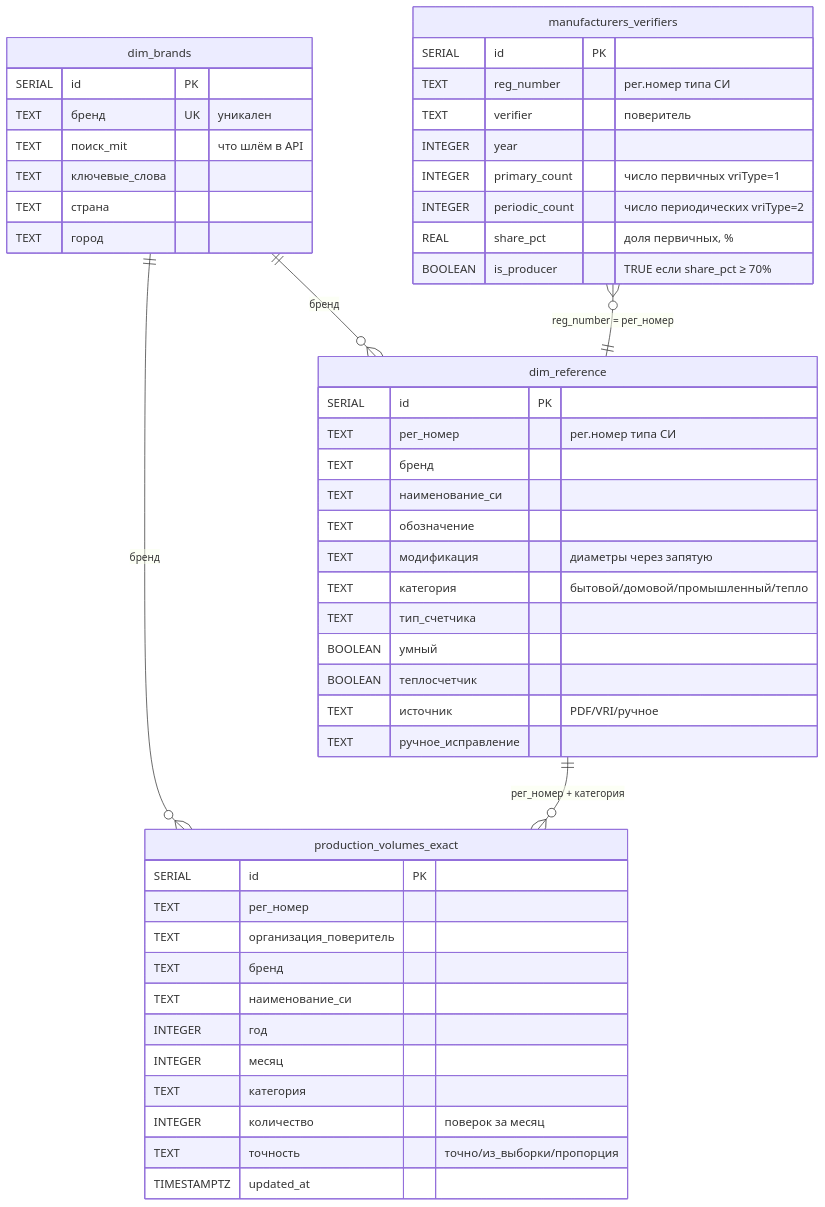
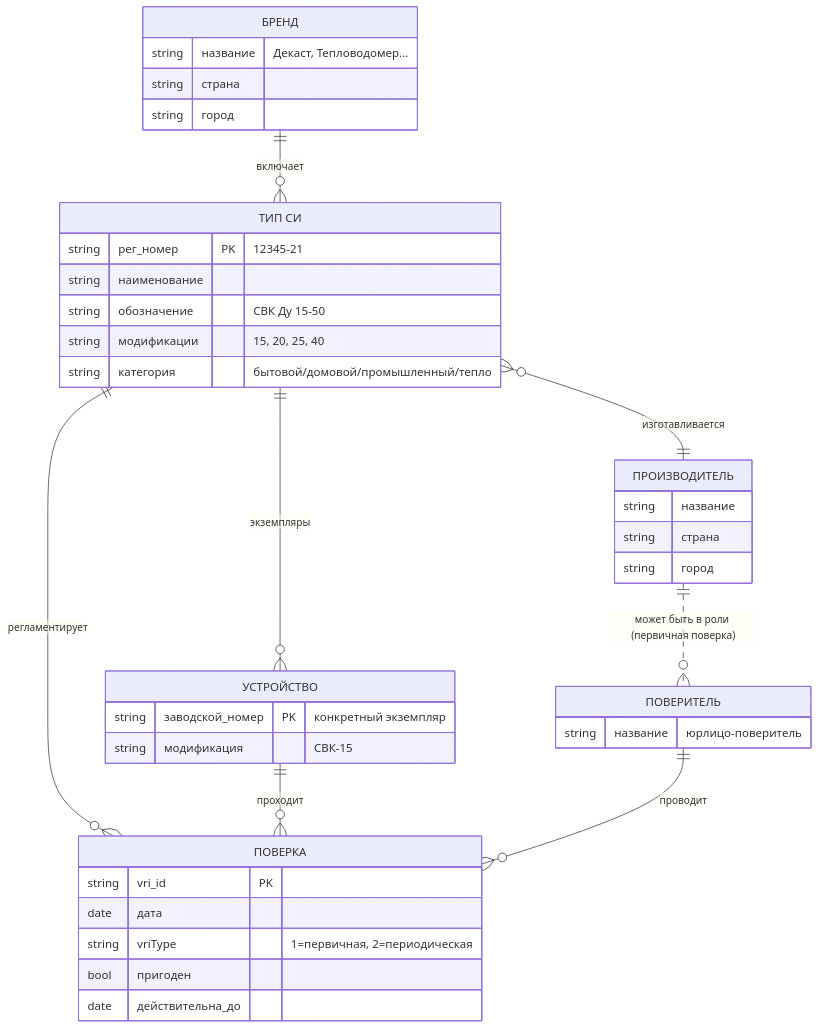
The diagram in README.md (toptyga88/ARSHIN), drawn with Mermaid before and after one commit. The commit also changed other lines of this file, not shown here.

````diff
--- a/README.md
+++ b/README.md
@@ -213,56 +215,47 @@
 ```mermaid
 erDiagram
-    dim_brands ||--o{ dim_reference : "бренд"
-    dim_brands ||--o{ production_volumes_exact : "бренд"
-    dim_reference ||--o{ production_volumes_exact : "рег_номер + категория"
-    manufacturers_verifiers }o--|| dim_reference : "reg_number = рег_номер"
+    БРЕНД ||--o{ "ТИП СИ" : "включает"
+    "ТИП СИ" }o--|| ПРОИЗВОДИТЕЛЬ : "изготавливается"
+    "ТИП СИ" ||--o{ УСТРОЙСТВО : "экземпляры"
+    "ТИП СИ" ||--o{ ПОВЕРКА : "регламентирует"
+    УСТРОЙСТВО ||--o{ ПОВЕРКА : "проходит"
+    ПОВЕРИТЕЛЬ ||--o{ ПОВЕРКА : "проводит"
+    ПРОИЗВОДИТЕЛЬ ||..o{ ПОВЕРИТЕЛЬ : "может быть в роли (первичная поверка)"
 
-    dim_brands {
-        SERIAL id PK
-        TEXT бренд UK "уникален"
-        TEXT поиск_mit "что шлём в API"
-        TEXT ключевые_слова
-        TEXT страна
-        TEXT город
+    БРЕНД {
+        string название "Декаст, Тепловодомер..."
+        string страна
+        string город
     }
 
-    manufacturers_verifiers {
-        SERIAL id PK
-        TEXT reg_number "рег.номер типа СИ"
-        TEXT verifier "поверитель"
-        INTEGER year
-        INTEGER primary_count "число первичных vriType=1"
-        INTEGER periodic_count "число периодических vriType=2"
-        REAL share_pct "доля первичных, %"
-        BOOLEAN is_producer "TRUE если share_pct ≥ 70%"
+    "ТИП СИ" {
+        string рег_номер PK "12345-21"
+        string наименование
+        string обозначение "СВК Ду 15-50"
+        string модификации "15, 20, 25, 40"
+        string категория "бытовой/домовой/промышленный/тепло"
     }
 
-    dim_reference {
-        SERIAL id PK
-        TEXT рег_номер "рег.номер типа СИ"
-        TEXT бренд
-        TEXT наименование_си
-        TEXT обозначение
-        TEXT модификация "диаметры через запятую"
-        TEXT категория "бытовой/домовой/промышленный/тепло"
-        TEXT тип_счетчика
-        BOOLEAN умный
-        BOOLEAN теплосчетчик
-        TEXT источник "PDF/VRI/ручное"
-        TEXT ручное_исправление
+    ПРОИЗВОДИТЕЛЬ {
+        string название
+        string страна
+        string город
     }
 
-    production_volumes_exact {
-        SERIAL id PK
-        TEXT рег_номер
-        TEXT организация_поверитель
-        TEXT бренд
-        TEXT наименование_си
-        INTEGER год
-        INTEGER месяц
-        TEXT категория
-        INTEGER количество "поверок за месяц"
-        TEXT точность "точно/из_выборки/пропорция"
-        TIMESTAMPTZ updated_at
+    УСТРОЙСТВО {
+        string заводской_номер PK "конкретный экземпляр"
+        string модификация "СВК-15"
+    }
+
+    ПОВЕРКА {
+        string vri_id PK
+        date дата
+        string vriType "1=первичная, 2=периодическая"
+        bool пригоден
+        date действительна_до
+    }
+
+    ПОВЕРИТЕЛЬ {
+        string название "юрлицо-поверитель"
     }
 ```
````
